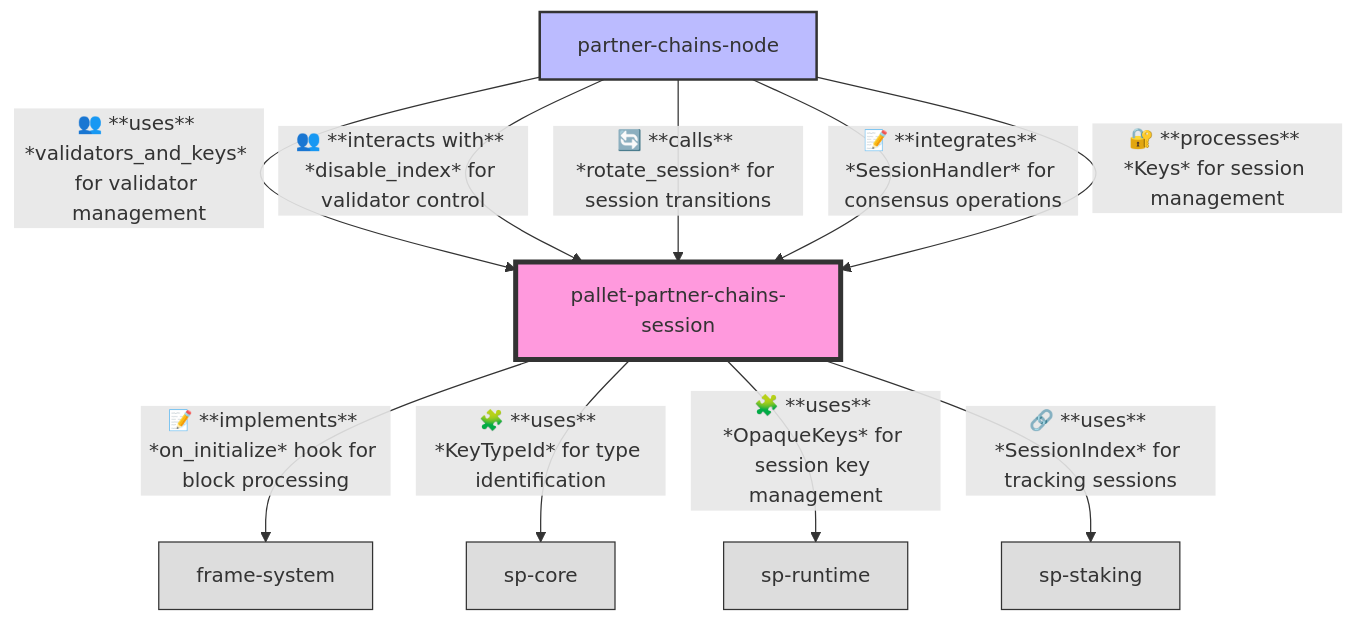
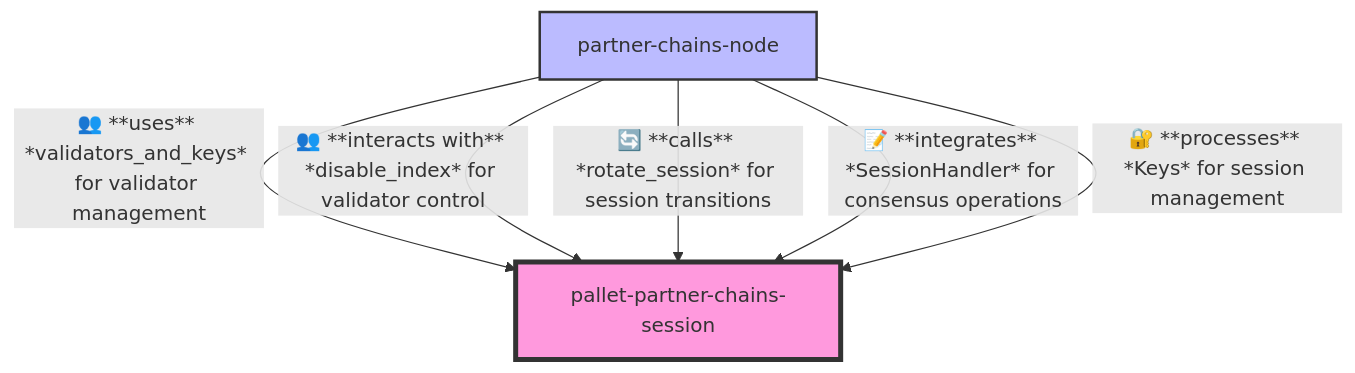
One commit to input-output-hk/partner-chains changed the second of 2 diagrams in toolkit/pallets/partner-chains-session/README.md. Above: the diagram before and after it, drawn with Mermaid.

Commit message:
pallet coupling diag added

````diff
--- a/toolkit/pallets/partner-chains-session/README.md
+++ b/toolkit/pallets/partner-chains-session/README.md
@@ -305,31 +305,18 @@
 ```mermaid
 graph TB
-    classDef main fill:#f9d,stroke:#333,stroke-width:4px
-    classDef consumer fill:#bbf,stroke:#333,stroke-width:2px
-    classDef dependency fill:#ddd,stroke:#333,stroke-width:1px
+   classDef main fill:#f9d,stroke:#333,stroke-width:4px
+   classDef consumer fill:#bbf,stroke:#333,stroke-width:2px
 
 %% Node positioned above (consumer)
-    partnerChainsNode[partner-chains-node]:::consumer
+   partnerChainsNode[partner-chains-node]:::consumer
 
 %% Main pallet (in the middle)
-    partnerChainsSession[pallet-partner-chains-session]:::main
-
-%% Dependencies (positioned below)
-    frameSystem[frame-system]:::dependency
-    spCore[sp-core]:::dependency
-    spRuntime[sp-runtime]:::dependency
-    spStaking[sp-staking]:::dependency
+   partnerChainsSession[pallet-partner-chains-session]:::main
 
 %% Node's relationship with partner-chains-session
-    partnerChainsNode -->|👥 **uses** *validators_and_keys* for validator management| partnerChainsSession
-    partnerChainsNode -->|👥 **interacts with** *disable_index* for validator control| partnerChainsSession
-    partnerChainsNode -->|🔄 **calls** *rotate_session* for session transitions| partnerChainsSession
-    partnerChainsNode -->|📝 **integrates** *SessionHandler* for consensus operations| partnerChainsSession
-    partnerChainsNode -->|🔐 **processes** *Keys* for session management| partnerChainsSession
-
-%% Partner-chains-session's relationships with dependencies
-    partnerChainsSession -->|📝 **implements** *on_initialize* hook for block processing| frameSystem
-    partnerChainsSession -->|🧩 **uses** *KeyTypeId* for type identification| spCore
-    partnerChainsSession -->|🧩 **uses** *OpaqueKeys* for session key management| spRuntime
-    partnerChainsSession -->|🔗 **uses** *SessionIndex* for tracking sessions| spStaking
+   partnerChainsNode -->|👥 **uses** *validators_and_keys* for validator management| partnerChainsSession
+   partnerChainsNode -->|👥 **interacts with** *disable_index* for validator control| partnerChainsSession
+   partnerChainsNode -->|🔄 **calls** *rotate_session* for session transitions| partnerChainsSession
+   partnerChainsNode -->|📝 **integrates** *SessionHandler* for consensus operations| partnerChainsSession
+   partnerChainsNode -->|🔐 **processes** *Keys* for session management| partnerChainsSession
 ```
````
